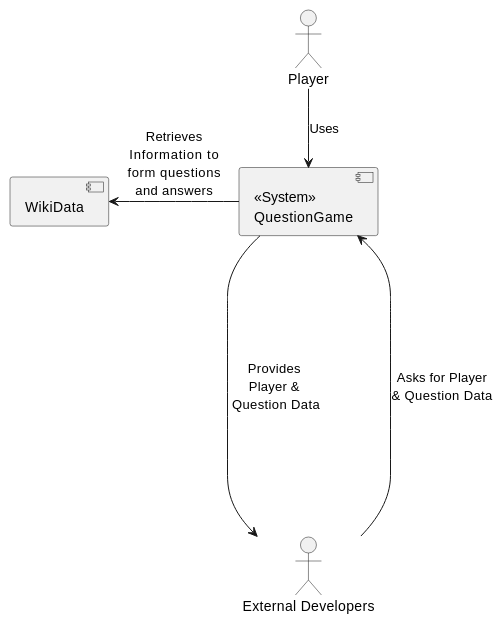
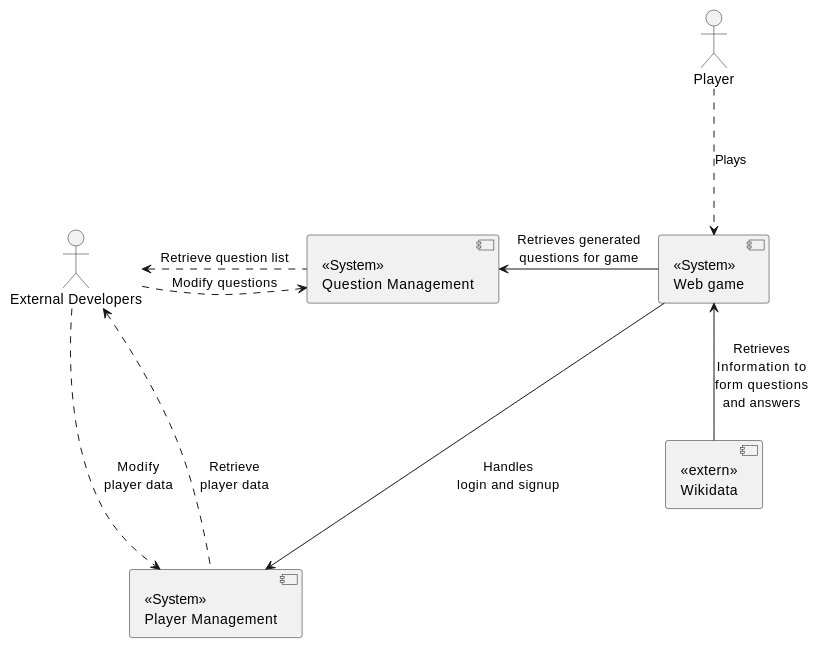
The first of 2 diagrams in docs/src/03_system_scope_and_context.adoc (Arquisoft/wiq_es04b), drawn with PlantUML before and after one commit. The commit also changed other lines of this file, not shown here.

```diff
--- a/docs/src/03_system_scope_and_context.adoc
+++ b/docs/src/03_system_scope_and_context.adoc
@@ -7,18 +7,36 @@
 [plantuml,"Deployment diagram",png]
 ----
 @startuml
 actor Player as user
 actor "External Developers" as developers
-component System [
+component WebApp [
   <<System>>
-  QuestionGame
+  Web game
 ]
-component WikiData as wikidata
 
-user -down-> System : Uses
-System -left-> wikidata : Retrieves\nInformation to\nform questions\nand answers
-developers -down-> System : Asks for Player\n& Question Data
-System -----> developers : Provides\nPlayer &\n Question Data
+component PlayerService [
+  <<System>>
+  Player Management
+]
+
+component QuestionService [
+  <<System>>
+  Question Management
+]
+
+component WikiData [
+    <<extern>>
+    Wikidata
+]
+
+user ...> WebApp: Plays
+WebApp ---> PlayerService : Handles\nlogin and signup
+WebApp -left-> QuestionService : Retrieves generated\nquestions for game
+WebApp <-- WikiData : Retrieves\nInformation to\nform questions\nand answers
+developers .right.> PlayerService : Modify\nplayer data
+developers <.right. PlayerService : Retrieve\nplayer data
+developers .right.> QuestionService : Modify questions
+developers <.right. QuestionService : Retrieve question list
 @enduml
 
 ----
```
